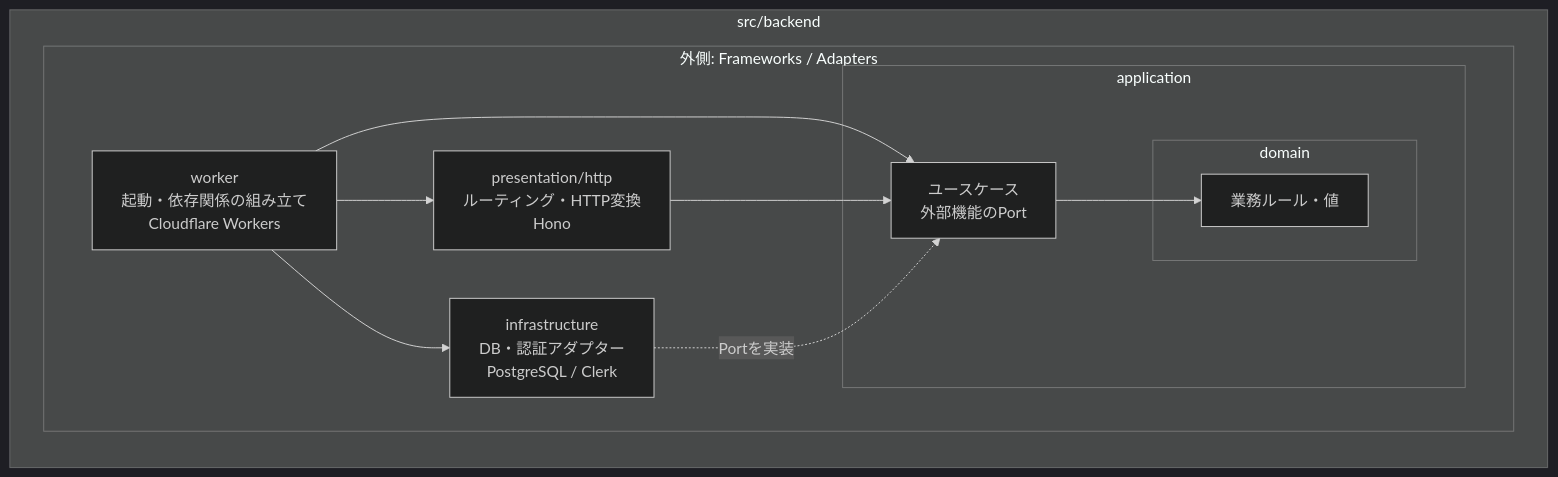
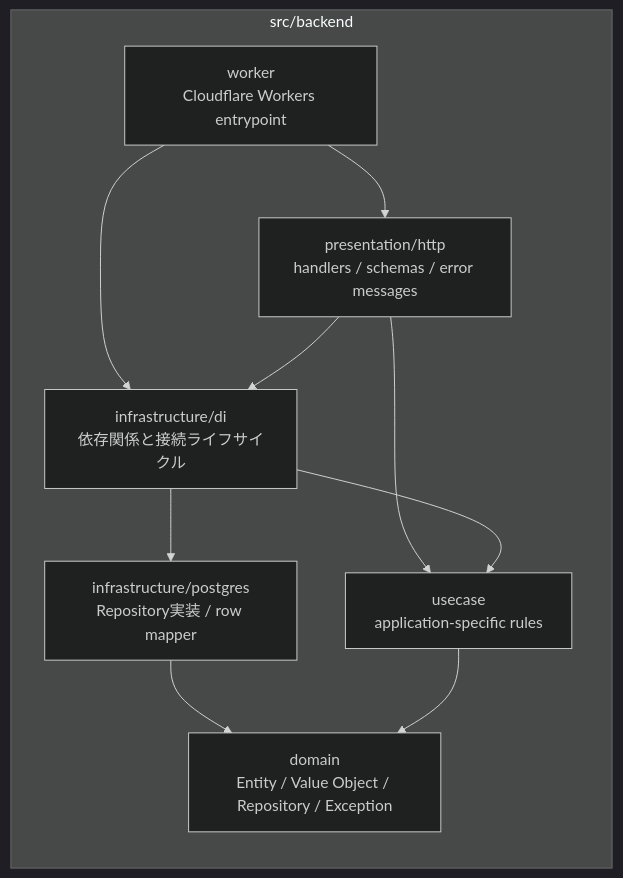
Before and after one commit to gananana24/budget-app: the diagram in docs/tech-stack.md, drawn with Mermaid (dark theme). The commit also changed other lines of this file and 6 other files, not shown here.

Commit message:
docs: adopt dddpy architecture for TypeScript backend

````diff
--- a/docs/tech-stack.md
+++ b/docs/tech-stack.md
@@ -11,24 +11,21 @@
 ```mermaid
 flowchart TB
 	 subgraph Backend["src/backend"]
 		direction TB
-		subgraph Outer["外側: Frameworks / Adapters"]
-			Worker["worker<br/>起動・依存関係の組み立て<br/>Cloudflare Workers"]
-			Presentation["presentation/http<br/>ルーティング・HTTP変換<br/>Hono"]
-			Infrastructure["infrastructure<br/>DB・認証アダプター<br/>PostgreSQL / Clerk"]
-			subgraph Application["application"]
-				UseCases["ユースケース<br/>外部機能のPort"]
-				subgraph Domain["domain"]
-					Rules["業務ルール・値"]
-				end
-			end
-		end
+		Worker["worker<br/>Cloudflare Workers entrypoint"]
+		Presentation["presentation/http<br/>handlers / schemas / error messages"]
+		DI["infrastructure/di<br/>依存関係と接続ライフサイクル"]
+		Infrastructure["infrastructure/postgres<br/>Repository実装 / row mapper"]
+		UseCases["usecase<br/>application-specific rules"]
+		Domain["domain<br/>Entity / Value Object / Repository / Exception"]
 
 		Worker --> Presentation
-		Worker --> Infrastructure
-		Worker --> UseCases
+		Worker --> DI
+		Presentation --> DI
 		Presentation --> UseCases
-		Infrastructure -. "Portを実装" .-> UseCases
-		UseCases --> Rules
+		DI --> Infrastructure
+		DI --> UseCases
+		Infrastructure --> Domain
+		UseCases --> Domain
 	end
 ```
````
